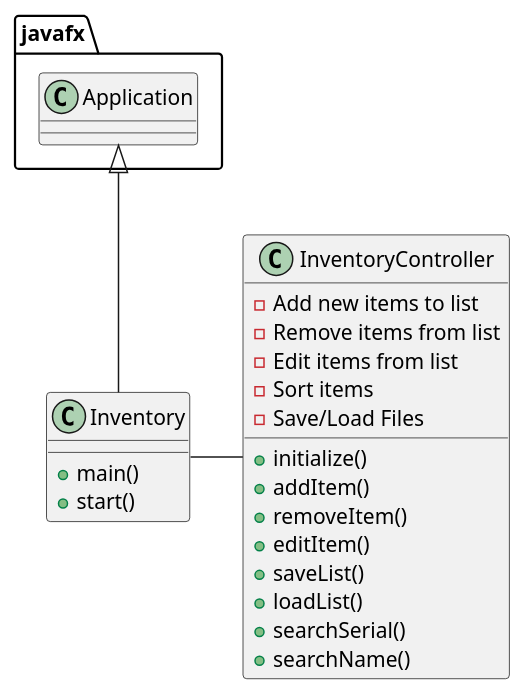
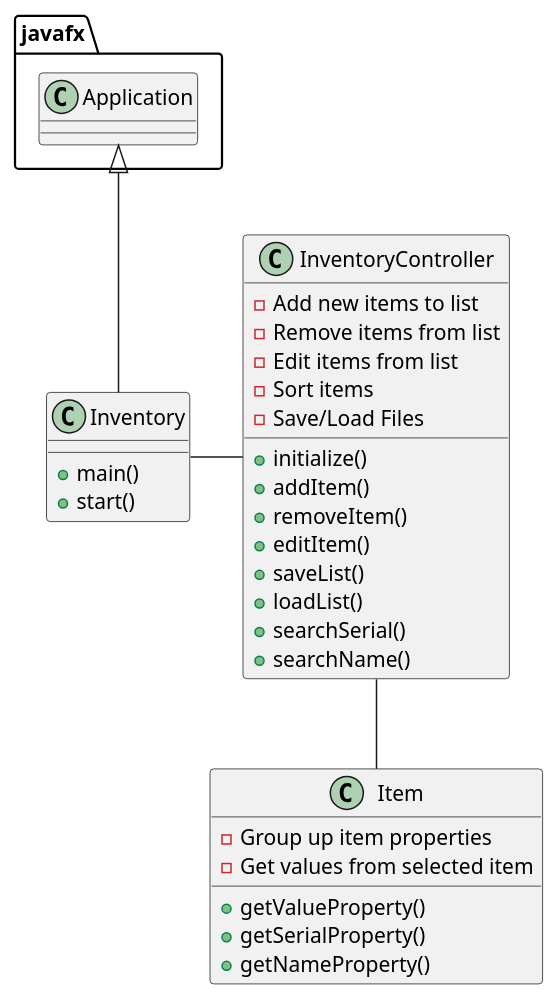
The diagram in uml/Inventory.puml (rafuchosnow/nieves-3739-a5), drawn with PlantUML before and after one commit. The commit also changed 14 other files, not shown here.

```diff
--- a/uml/Inventory.puml
+++ b/uml/Inventory.puml
@@ -1,30 +1,42 @@
 @startuml
 'https://plantuml.com/class-diagram
 
 class Inventory {
     + main()
     + start()
 }
 
 class InventoryController {
     - Add new items to list
     - Remove items from list
     - Edit items from list
     - Sort items
     - Save/Load Files
 
     + initialize()
     + addItem()
     + removeItem()
     + editItem()
     + saveList()
     + loadList()
     + searchSerial()
     + searchName()
 }
 
+class Item {
+    - Group up item properties
+    - Get values from selected item
+
+    + getValueProperty()
+    + getSerialProperty()
+    + getNameProperty()
+
+}
+
+
 
 javafx.Application  <|-- Inventory
 Inventory - InventoryController
+InventoryController -- Item
 
 @enduml
```
